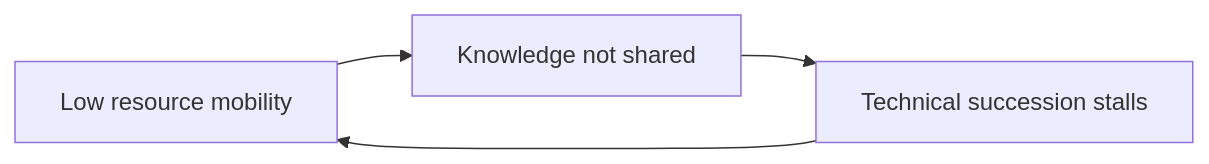
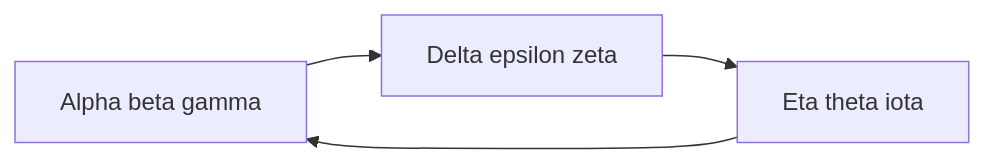
One commit to KatsuYuzu/marp-to-editable-pptx changed the first of 4 diagrams in src/native-pptx/test-fixtures/pptx-export.md. Above: the diagram before and after it, drawn with Mermaid. The commit also changed other lines of this file and 7 other files, not shown here.

```diff
--- a/src/native-pptx/test-fixtures/pptx-export.md
+++ b/src/native-pptx/test-fixtures/pptx-export.md
@@ -625,6 +625,6 @@
 <div class="mermaid">
 flowchart LR
-  A[Low resource mobility] --> B[Knowledge not shared]
-  B --> C[Technical succession stalls]
+  A[Alpha beta gamma] --> B[Delta epsilon zeta]
+  B --> C[Eta theta iota]
   C --> A
 </div>
```
